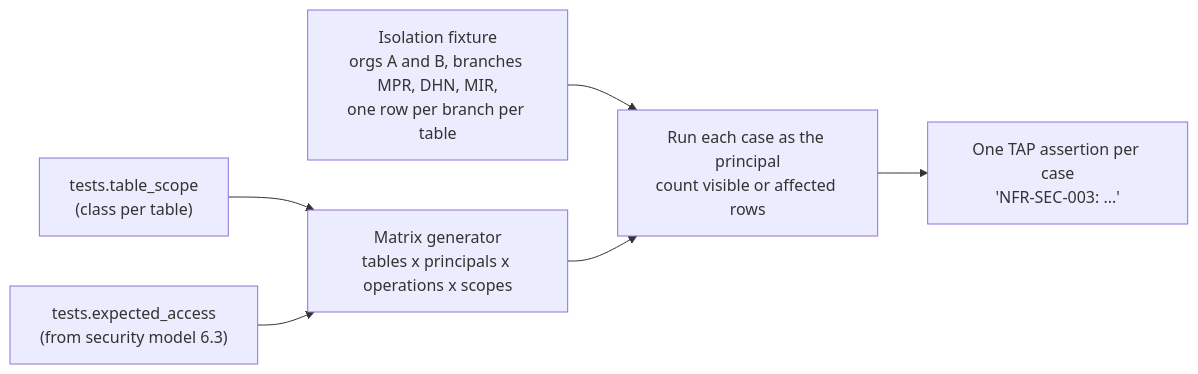
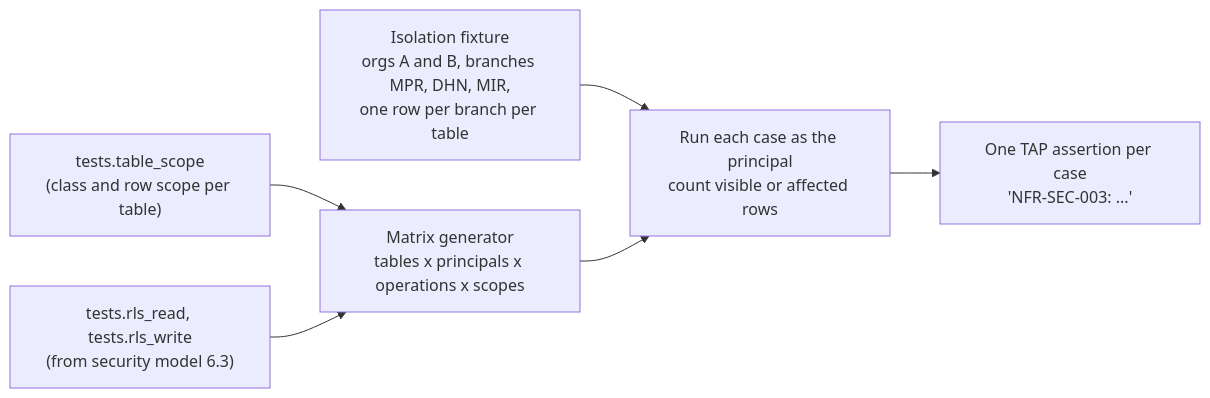
Before and after one commit to msasomrat/Pharmacy_Inventory: the second of 2 diagrams in docs/engineering/testing-strategy.md, drawn with Mermaid. The commit also changed other lines of this file and 17 other files, not shown here.

````diff
--- a/docs/engineering/testing-strategy.md
+++ b/docs/engineering/testing-strategy.md
@@ -326,8 +405,8 @@
 ```mermaid
 flowchart LR
-  scope["tests.table_scope<br/>(class per table)"] --> gen["Matrix generator<br/>tables x principals x operations x scopes"]
-  expected["tests.expected_access<br/>(from security model 6.3)"] --> gen
+  scope["tests.table_scope<br/>(class and row scope per table)"] --> gen["Matrix generator<br/>tables x principals x operations x scopes"]
+  expected["tests.rls_read, tests.rls_write<br/>(from security model 6.3)"] --> gen
   fixture["Isolation fixture<br/>orgs A and B, branches MPR, DHN, MIR,<br/>one row per branch per table"] --> run
   gen --> run["Run each case as the principal<br/>count visible or affected rows"]
   run --> tap["One TAP assertion per case<br/>'NFR-SEC-003: ...'"]
 ```
````
